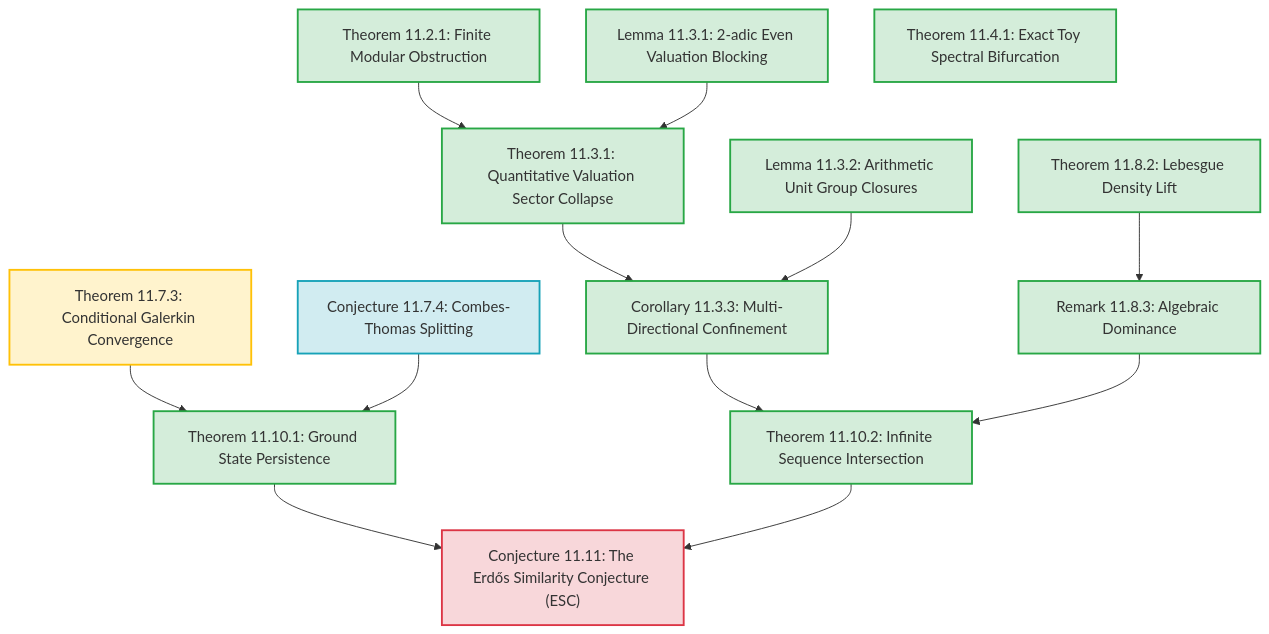
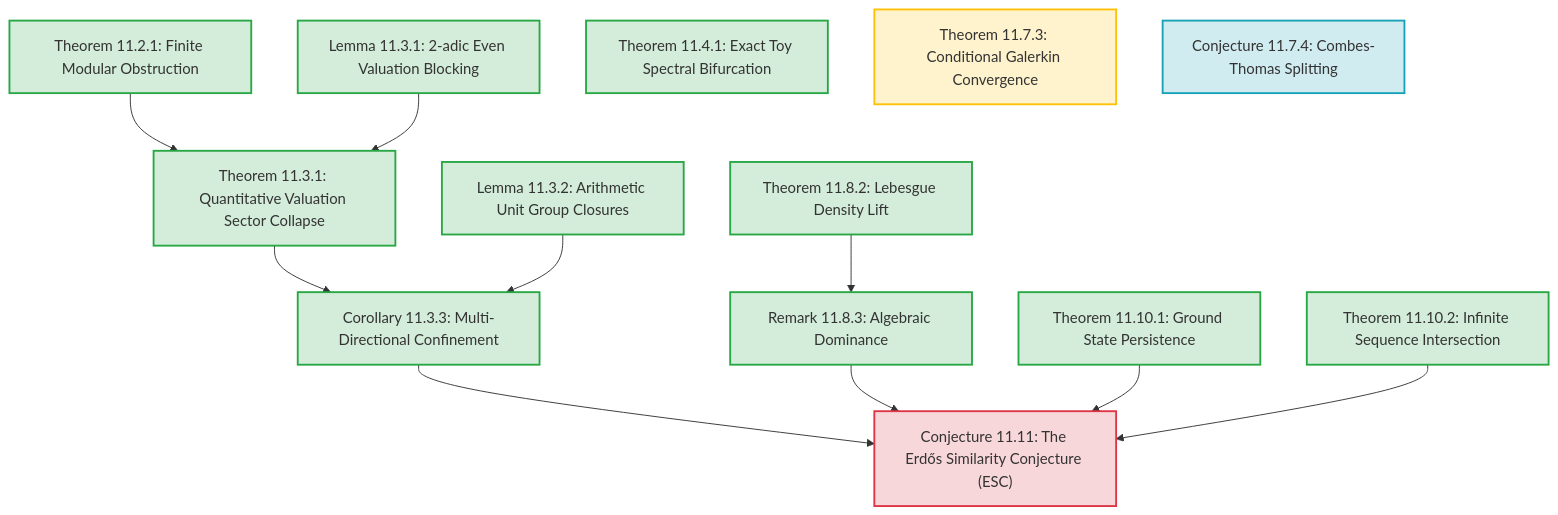
Before and after one commit to sneed-and-feed/adelic-spectral-zeta: the diagram in docs/monograph/11_erdos_similarity_adelic.md, drawn with Mermaid. The commit also changed other lines of this file, not shown here.

````diff
--- a/docs/monograph/11_erdos_similarity_adelic.md
+++ b/docs/monograph/11_erdos_similarity_adelic.md
@@ -39,33 +39,31 @@
 ```mermaid
 graph TD
     classDef proved fill:#d4edda,stroke:#28a745,stroke-width:2px;
     classDef conditional fill:#fff3cd,stroke:#ffc107,stroke-width:2px;
     classDef numerical fill:#d1ecf1,stroke:#17a2b8,stroke-width:2px;
     classDef conjectural fill:#f8d7da,stroke:#dc3545,stroke-width:2px;
 
     T1121["Theorem 11.2.1: Finite Modular Obstruction"]:::proved
     L1131["Lemma 11.3.1: 2-adic Even Valuation Blocking"]:::proved
     T1131["Theorem 11.3.1: Quantitative Valuation Sector Collapse"]:::proved
     L1132["Lemma 11.3.2: Arithmetic Unit Group Closures"]:::proved
     C1133["Corollary 11.3.3: Multi-Directional Confinement"]:::proved
     T1141["Theorem 11.4.1: Exact Toy Spectral Bifurcation"]:::proved
     T1173["Theorem 11.7.3: Conditional Galerkin Convergence"]:::conditional
     CT1174["Conjecture 11.7.4: Combes-Thomas Splitting"]:::numerical
     T1182["Theorem 11.8.2: Lebesgue Density Lift"]:::proved
     R1183["Remark 11.8.3: Algebraic Dominance"]:::proved
     T11101["Theorem 11.10.1: Ground State Persistence"]:::proved
     T11102["Theorem 11.10.2: Infinite Sequence Intersection"]:::proved
     ESC["Conjecture 11.11: The Erdős Similarity Conjecture (ESC)"]:::conjectural
 
     T1121 --> T1131
     L1131 --> T1131
     T1131 --> C1133
     L1132 --> C1133
     T1182 --> R1183
-    C1133 --> T11102
-    R1183 --> T11102
-    T1173 --> T11101
-    CT1174 --> T11101
+    C1133 --> ESC
+    R1183 --> ESC
     T11101 --> ESC
     T11102 --> ESC
 ```
````
